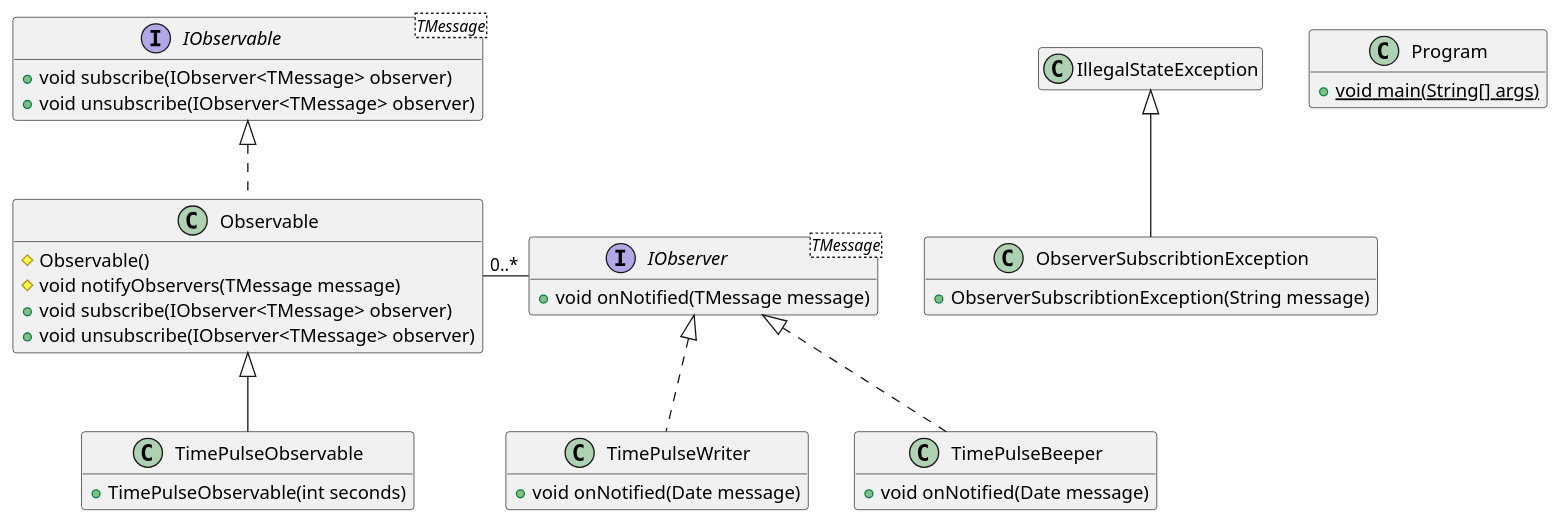
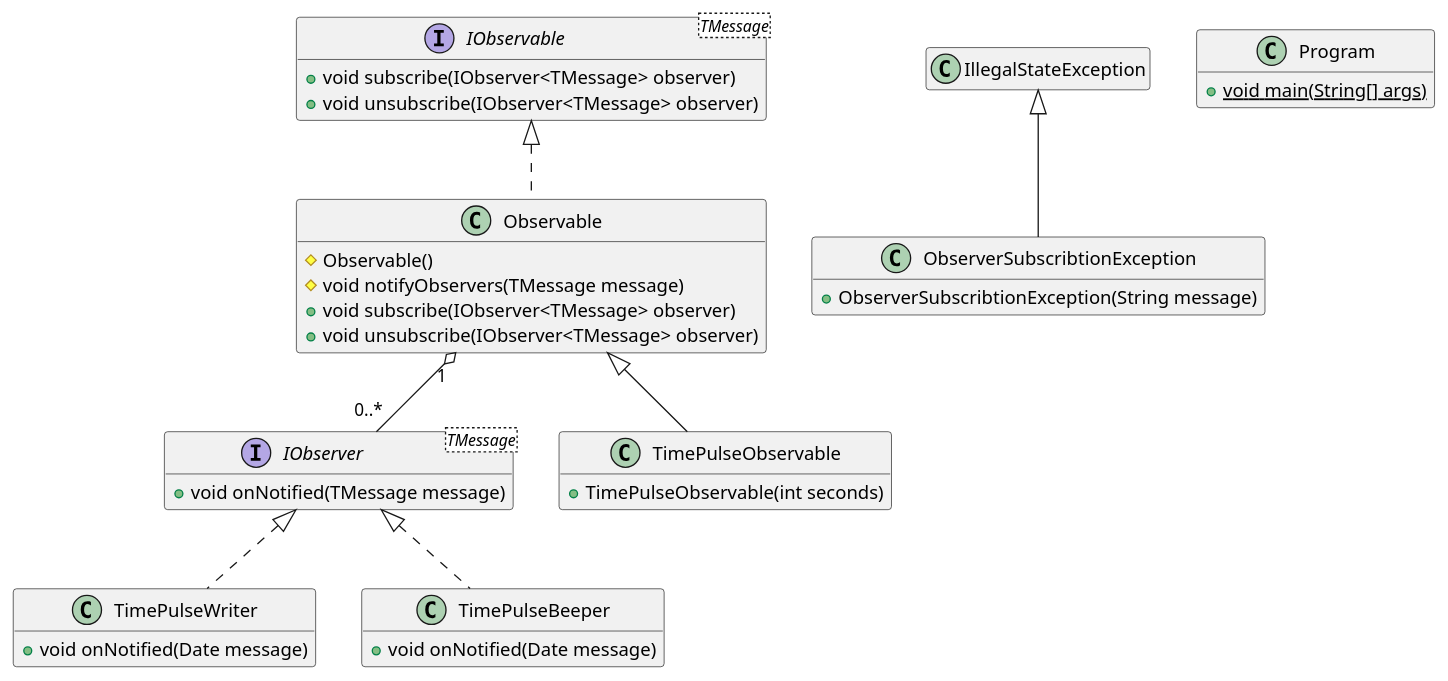
One commit to BeqaKhaburdzania/FreeUni-SDP-2013-Lab-UML changed the diagram in Observer/Observer.puml. Above: the diagram before and after it, drawn with PlantUML.

Commit message:
#19 finished corrected aggregation syntax error :)

```diff
--- a/Observer/Observer.puml
+++ b/Observer/Observer.puml
@@ -1,40 +1,40 @@
 @startuml
 
 	interface IObservable as "IObservable<TMessage>"
 	IObservable : + void subscribe(IObserver<TMessage> observer)
 	IObservable : + void unsubscribe(IObserver<TMessage> observer)
 	hide IObservable field
 
 	class Observable implements IObservable
 	Observable : # Observable()
 	Observable : # void notifyObservers(TMessage message)
 	Observable : + void subscribe(IObserver<TMessage> observer)
 	Observable : + void unsubscribe(IObserver<TMessage> observer)
-	Observable - "0..*" IObserver
+	Observable "1" o-- "0..*" IObserver
 	hide Observable field
 
 	interface IObserver as "IObserver<TMessage>"
 	IObserver : + void onNotified(TMessage message) 
 	hide IObserver field
 
 	class TimePulseWriter implements IObserver
 	TimePulseWriter : + void onNotified(Date message)
 	hide TimePulseWriter field
 
 	class TimePulseBeeper implements IObserver
 	TimePulseBeeper : + void onNotified(Date message)
 	hide TimePulseBeeper field
 
 	class TimePulseObservable extends Observable
 	TimePulseObservable : + TimePulseObservable(int seconds)
 	hide TimePulseObservable field
 
 	class ObserverSubscribtionException extends IllegalStateException
 	ObserverSubscribtionException : + ObserverSubscribtionException(String message)
 	hide ObserverSubscribtionException fields
 	hide IllegalStateException member
 
 	class Program 
 	Program : +{static}void main(String[] args)
 	hide Program field
 @enduml
```
